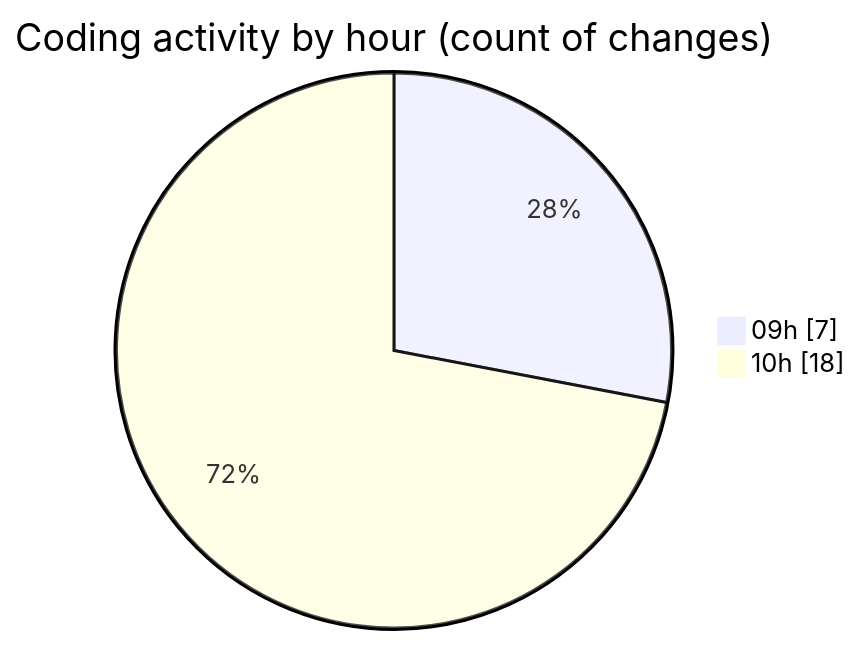
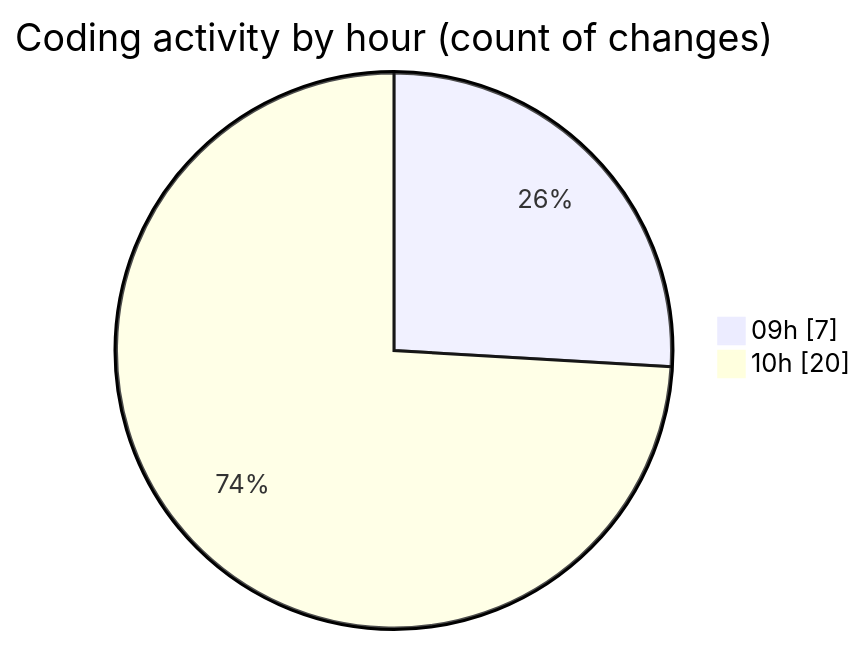
One commit to momahboobian/code-tracking changed the second of 2 diagrams in 2025-11-03/cda/README.md. Above: the diagram before and after it, drawn with Mermaid. The commit also changed other lines of this file and 1 other file, not shown here.

````diff
--- a/2025-11-03/cda/README.md
+++ b/2025-11-03/cda/README.md
@@ -32,6 +32,6 @@
 ```mermaid
 pie showData
 title Coding activity by hour (count of changes)
 "09h" : 7
-"10h" : 18
+"10h" : 20
 ```
````
